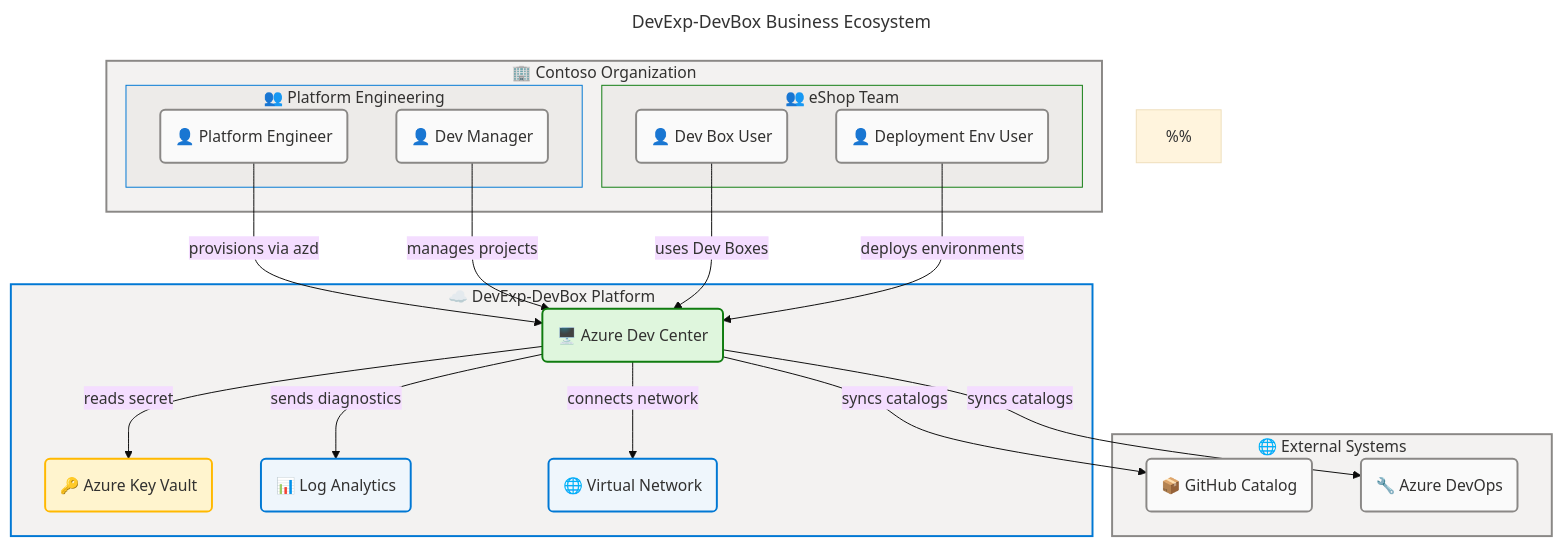
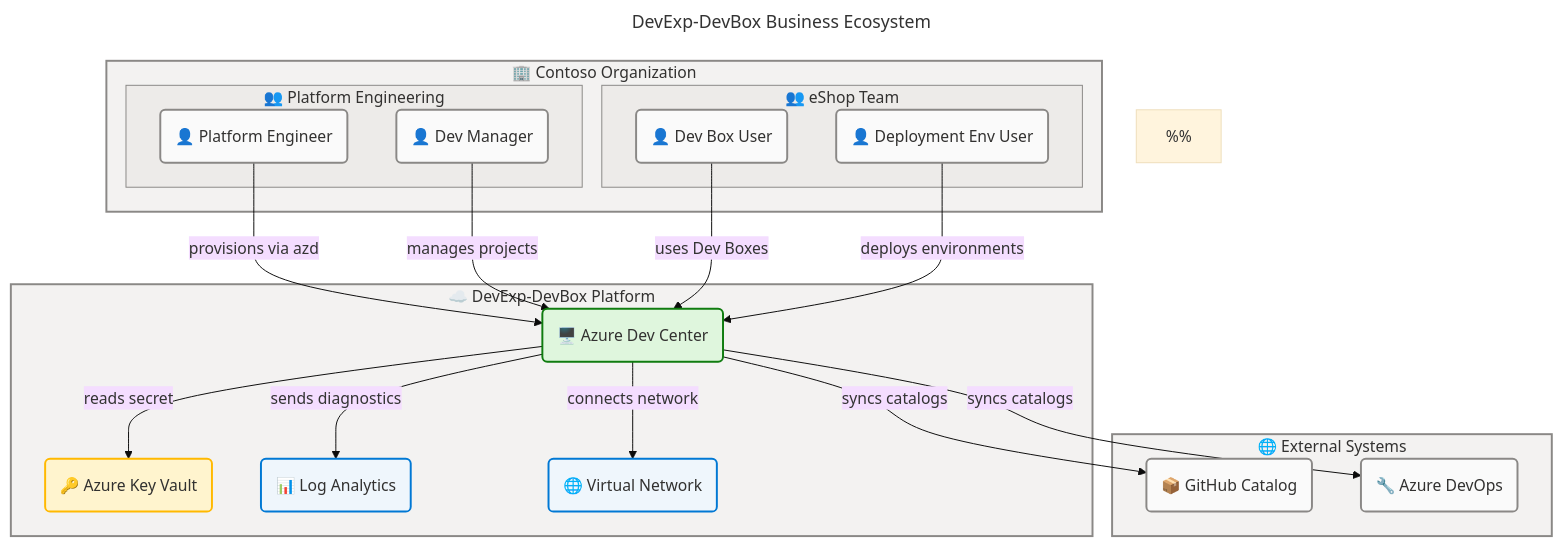
The second of 5 diagrams in docs/architecture/bus-arch.md (Evilazaro/DevExp-DevBox), drawn with Mermaid before and after one commit. The commit also changed other lines of this file and 3 other files, not shown here.

Commit message:
Refactor resource tables in tech-arch.md for improved readability and consistency; update color styles in flowcharts for better visual coherence.

````diff
--- a/docs/architecture/bus-arch.md
+++ b/docs/architecture/bus-arch.md
@@ -255,71 +255,71 @@
 ```mermaid
 ---
 title: "DevExp-DevBox Business Ecosystem"
 config:
   theme: base
   look: classic
   layout: dagre
   themeVariables:
     fontSize: '16px'
   flowchart:
     htmlLabels: true
 ---
 flowchart TB
     accTitle: DevExp-DevBox Business Ecosystem Overview
     accDescr: Business ecosystem diagram showing organizational actors, platform services, and external systems. Contoso organization contains Platform Engineering Team and eShop Engineers. Platform includes Dev Center, Key Vault, and Log Analytics. External systems include GitHub and Azure DevOps. Nodes: PEng=neutral, PM=neutral, DBU=neutral, DEU=neutral, DC=success, KV=warning, LA=core, VNET=core, GH=neutral, ADO=neutral. WCAG AA compliant.
 
     %%
     %% AZURE / FLUENT ARCHITECTURE PATTERN v2.0
     %% (Semantic + Structural + Font + Accessibility Governance)
     %%
     %% PHASE 1 - FLUENT UI: All styling uses approved Fluent UI palette only
     %% PHASE 2 - GROUPS: Every subgraph has semantic color via style directive
     %% PHASE 3 - COMPONENTS: Every node has semantic classDef + icon prefix
     %% PHASE 4 - ACCESSIBILITY: accTitle/accDescr present, WCAG AA contrast
     %% PHASE 5 - STANDARD: Governance block present, classDefs centralized
     %%
 
     subgraph org["🏢 Contoso Organization"]
         subgraph pe["👥 Platform Engineering"]
             PM("👤 Dev Manager"):::neutral
             PEng("👤 Platform Engineer"):::neutral
         end
         subgraph devteam["👥 eShop Team"]
             DBU("👤 Dev Box User"):::neutral
             DEU("👤 Deployment Env User"):::neutral
         end
     end
 
     subgraph platform["☁️ DevExp-DevBox Platform"]
         DC("🖥️ Azure Dev Center"):::success
         KV("🔑 Azure Key Vault"):::warning
         LA("📊 Log Analytics"):::core
         VNET("🌐 Virtual Network"):::core
     end
 
     subgraph external["🌐 External Systems"]
         GH("📦 GitHub Catalog"):::neutral
         ADO("🔧 Azure DevOps"):::neutral
     end
 
     PEng -->|provisions via azd| DC
     PM -->|manages projects| DC
     DBU -->|uses Dev Boxes| DC
     DEU -->|deploys environments| DC
     DC -->|reads secret| KV
     DC -->|sends diagnostics| LA
     DC -->|connects network| VNET
     DC -->|syncs catalogs| GH
     DC -->|syncs catalogs| ADO
 
     classDef core fill:#EFF6FC,stroke:#0078D4,stroke-width:2px,color:#323130
     classDef success fill:#DFF6DD,stroke:#107C10,stroke-width:2px,color:#323130
     classDef neutral fill:#FAFAFA,stroke:#8A8886,stroke-width:2px,color:#323130
     classDef warning fill:#FFF4CE,stroke:#FFB900,stroke-width:2px,color:#323130
 
     style org fill:#F3F2F1,stroke:#8A8886,stroke-width:2px,color:#323130
-    style pe fill:#EDEBE9,stroke:#0078D4,stroke-width:1px,color:#323130
-    style devteam fill:#EDEBE9,stroke:#107C10,stroke-width:1px,color:#323130
-    style platform fill:#F3F2F1,stroke:#0078D4,stroke-width:2px,color:#323130
+    style pe fill:#EDEBE9,stroke:#8A8886,stroke-width:1px,color:#323130
+    style devteam fill:#EDEBE9,stroke:#8A8886,stroke-width:1px,color:#323130
+    style platform fill:#F3F2F1,stroke:#8A8886,stroke-width:2px,color:#323130
     style external fill:#F3F2F1,stroke:#8A8886,stroke-width:2px,color:#323130
 ```
````
